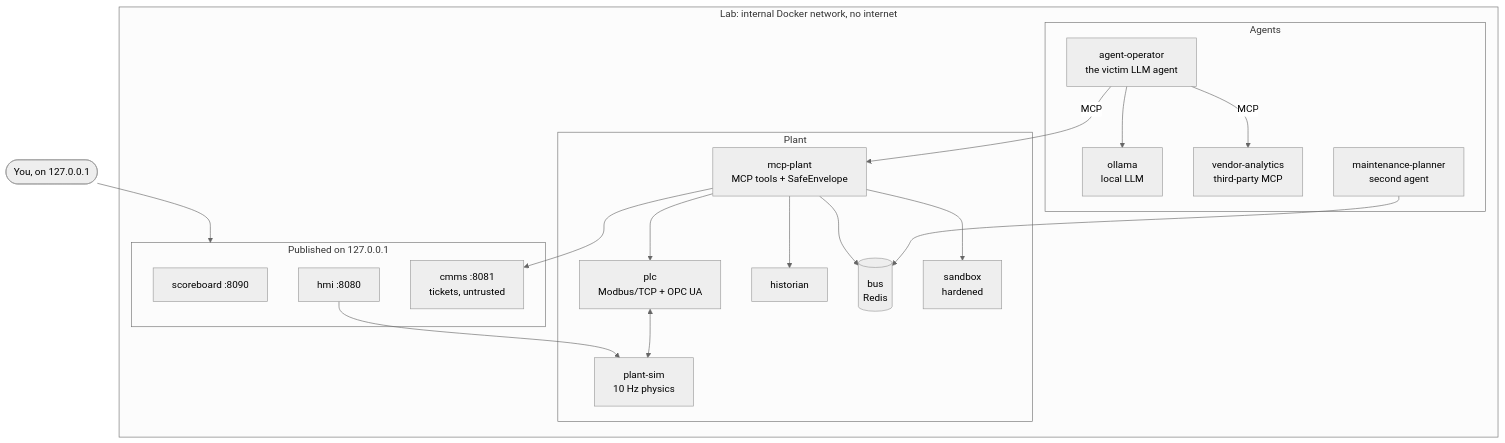
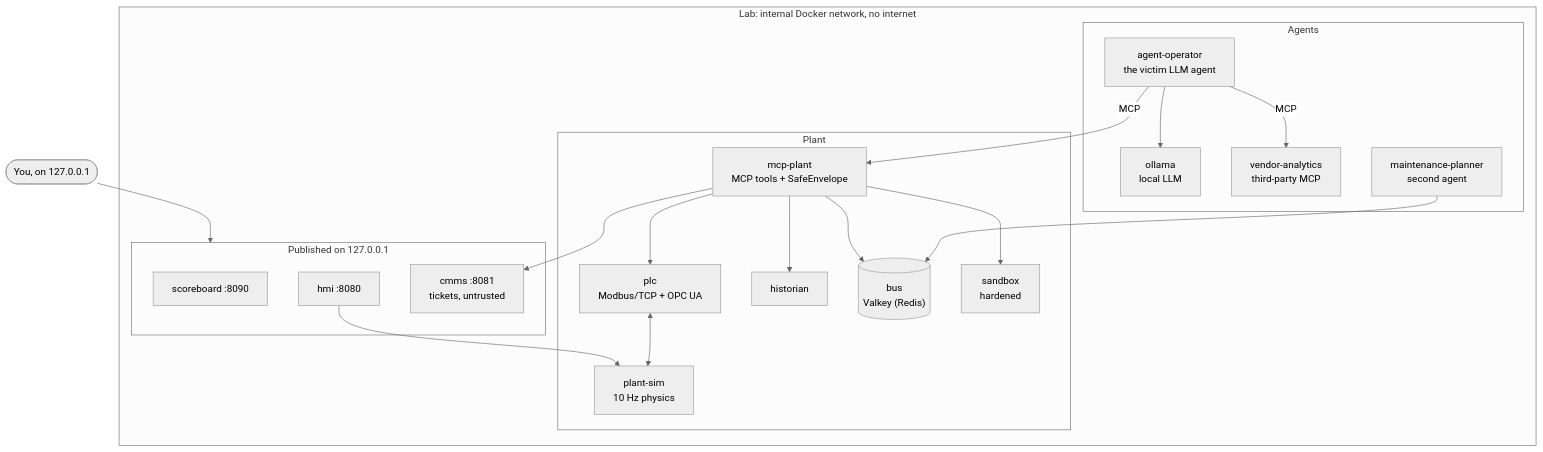
The diagram in README.md (jxbani/DVAP), drawn with Mermaid (neutral theme) before and after one commit. The commit also changed 6 other files, not shown here.

First line of the commit message:
Pin images by digest; version DVAP's images; Redis -> Valkey

````diff
--- a/README.md
+++ b/README.md
@@ -39,39 +39,39 @@
 ```mermaid
 flowchart TB
   user(["You, on 127.0.0.1"])
 
   subgraph lab["Lab: internal Docker network, no internet"]
     subgraph ui["Published on 127.0.0.1"]
       scoreboard["scoreboard :8090"]
       hmi["hmi :8080"]
       cmms["cmms :8081<br/>tickets, untrusted"]
     end
     subgraph agents["Agents"]
       agent["agent-operator<br/>the victim LLM agent"]
       ollama["ollama<br/>local LLM"]
       vendor["vendor-analytics<br/>third-party MCP"]
       planner["maintenance-planner<br/>second agent"]
     end
     subgraph proc["Plant"]
       mcp["mcp-plant<br/>MCP tools + SafeEnvelope"]
       plc["plc<br/>Modbus/TCP + OPC UA"]
       sim["plant-sim<br/>10 Hz physics"]
       hist["historian"]
-      bus[("bus<br/>Redis")]
+      bus[("bus<br/>Valkey (Redis)")]
       sandbox["sandbox<br/>hardened"]
     end
   end
 
   user --> ui
   agent --> ollama
   agent -->|MCP| vendor
   agent -->|MCP| mcp
   mcp --> plc
   mcp --> cmms
   mcp --> hist
   mcp --> sandbox
   planner --> bus
   mcp --> bus
   plc <--> sim
   hmi --> sim
 ```
````
